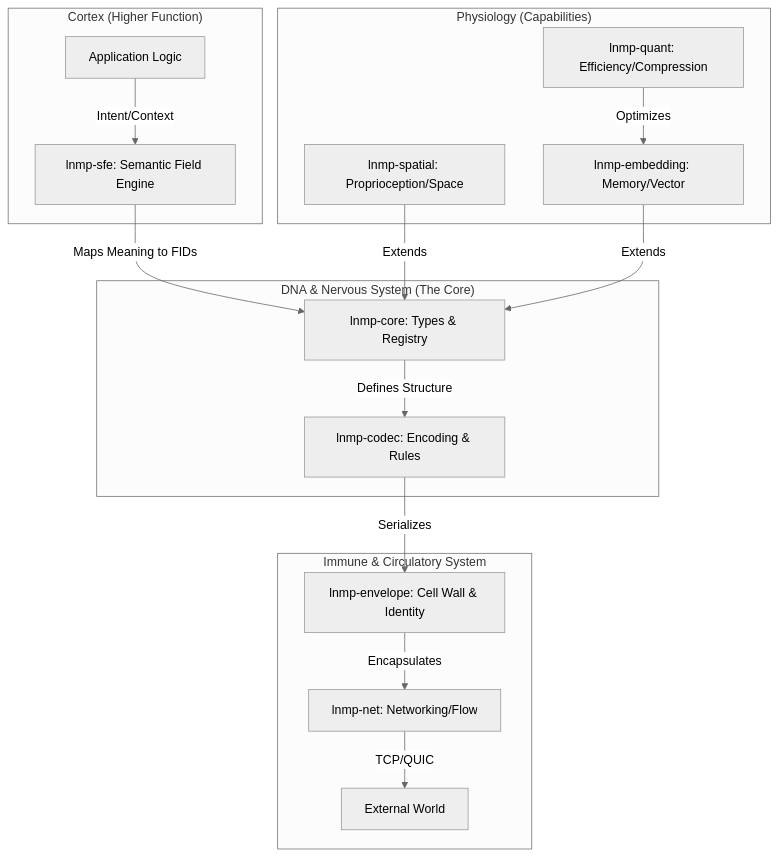
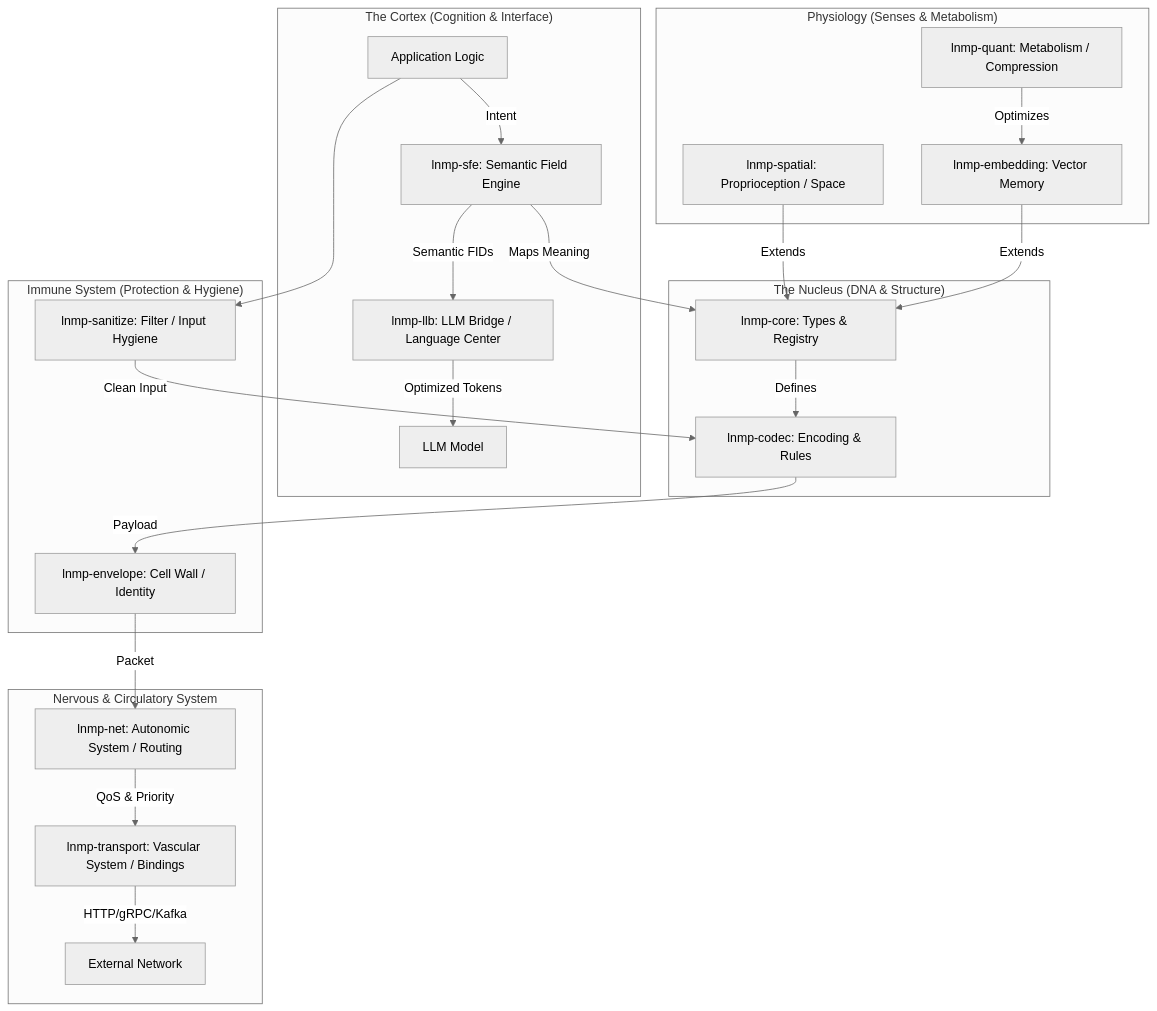
Before and after one commit to lnmplang/lnmp-protocol: the first of 2 diagrams in spec/architecture-and-flow.md, drawn with Mermaid (neutral theme). The commit also changed other lines of this file, not shown here.

Commit message:
feat: Enhance LNMP architecture documentation with detailed module descriptions and improved flow diagrams

````diff
--- a/spec/architecture-and-flow.md
+++ b/spec/architecture-and-flow.md
@@ -9,40 +9,58 @@
 ```mermaid
 graph TD
-    %% Brain & Intent
-    subgraph "Cortex (Higher Function)"
+    %% ZONE 1: THE MIND (Cognitive Interface)
+    subgraph "The Cortex (Cognition & Interface)"
         App[Application Logic]
         SFE[lnmp-sfe: Semantic Field Engine]
-        App -->|Intent/Context| SFE
+        LLB[lnmp-llb: LLM Bridge / Language Center]
+        
+        App -->|Intent| SFE
+        SFE -->|Semantic FIDs| LLB
+        LLB -->|Optimized Tokens| LLM[LLM Model]
     end
 
-    %% Core System
-    subgraph "DNA & Nervous System (The Core)"
+    %% ZONE 2: THE CORE (Genetic Material)
+    subgraph "The Nucleus (DNA & Structure)"
         Core[lnmp-core: Types & Registry]
         Codec[lnmp-codec: Encoding & Rules]
     end
 
-    %% Body & Capabilities
-    subgraph "Physiology (Capabilities)"
-        Spatial[lnmp-spatial: Proprioception/Space]
-        Emb[lnmp-embedding: Memory/Vector]
-        Quant[lnmp-quant: Efficiency/Compression]
+    %% ZONE 3: PROTECTION (Immune System)
+    subgraph "Immune System (Protection & Hygiene)"
+        Env[lnmp-envelope: Cell Wall / Identity]
+        San[lnmp-sanitize: Filter / Input Hygiene]
     end
 
-    %% Protection & Transport
-    subgraph "Immune & Circulatory System"
-        Env[lnmp-envelope: Cell Wall & Identity]
-        Net[lnmp-net: Networking/Flow]
-        Net -->|TCP/QUIC| Ext[External World]
+    %% ZONE 4: PHYSIOLOGY (Capabilities)
+    subgraph "Physiology (Senses & Metabolism)"
+        Spatial[lnmp-spatial: Proprioception / Space]
+        Emb[lnmp-embedding: Vector Memory]
+        Quant[lnmp-quant: Metabolism / Compression]
     end
 
-    %% Connections
-    SFE -->|Maps Meaning to FIDs| Core
-    Core -->|Defines Structure| Codec
+    %% ZONE 5: CIRCULATION (Network & Flow)
+    subgraph "Nervous & Circulatory System"
+        Net[lnmp-net: Autonomic System / Routing]
+        Trans[lnmp-transport: Vascular System / Bindings]
+        Ext[External Network]
+    end
+
+    %% Interconnections
+    SFE -->|Maps Meaning| Core
+    Core -->|Defines| Codec
     
-    Codec -->|Serializes| Env
-    Env -->|Encapsulates| Net
+    %% Input Flow
+    App --> San
+    San -->|Clean Input| Codec
     
+    %% Capability extensions
     Spatial -->|Extends| Core
     Emb -->|Extends| Core
     Quant -->|Optimizes| Emb
+
+    %% Output Flow
+    Codec -->|Payload| Env
+    Env -->|Packet| Net
+    Net -->|QoS & Priority| Trans
+    Trans -->|HTTP/gRPC/Kafka| Ext
 ```
````
